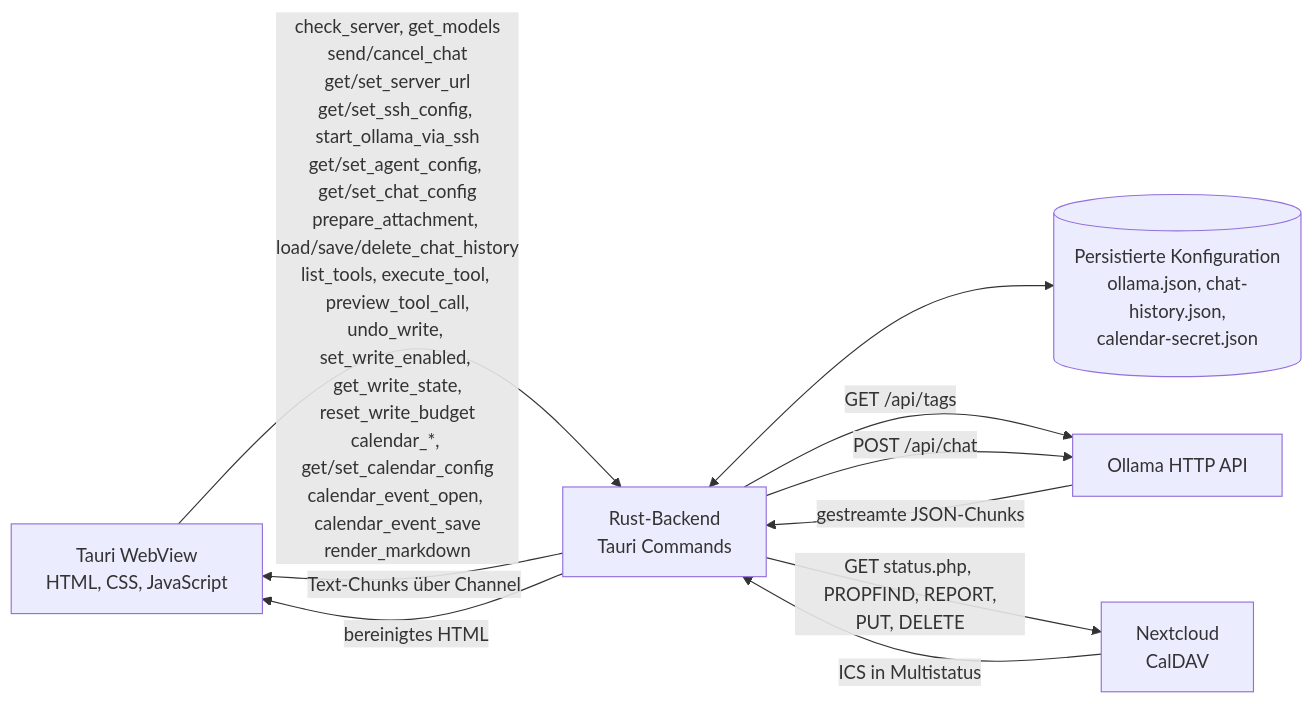
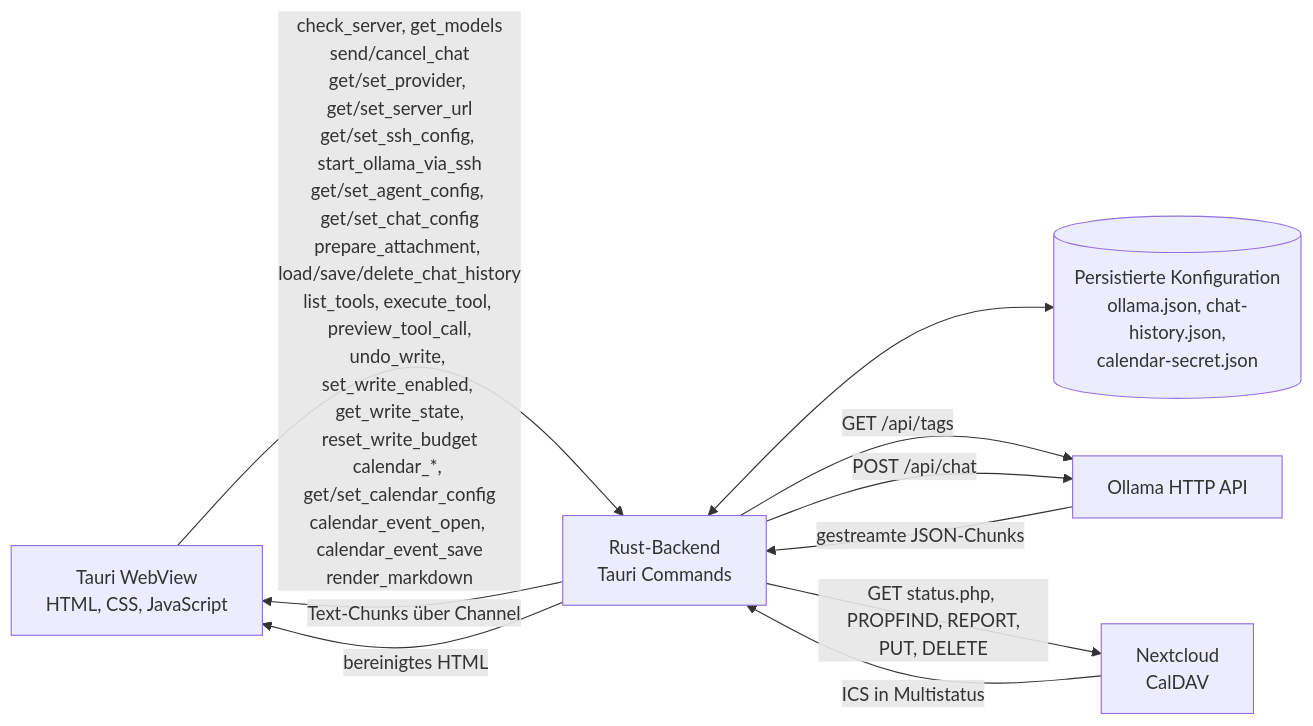
Before and after one commit to bilandal-dev/Mimir: the diagram in docs/architektur.md, drawn with Mermaid. The commit also changed other lines of this file and 21 other files, not shown here.

Commit message:
Möglichkeit für buildIn Ollama-Server geschaffen. Test aufgund fehlender Hardware noch offen

````diff
--- a/docs/architektur.md
+++ b/docs/architektur.md
@@ -9,18 +9,18 @@
 ```mermaid
 flowchart LR
     UI[Tauri WebView<br/>HTML, CSS, JavaScript]
     Backend[Rust-Backend<br/>Tauri Commands]
     Config[(Persistierte Konfiguration<br/>ollama.json, chat-history.json,<br/>calendar-secret.json)]
     Ollama[Ollama HTTP API]
     CalDAV[Nextcloud<br/>CalDAV]
 
-    UI -->|check_server, get_models<br/>send/cancel_chat<br/>get/set_server_url<br/>get/set_ssh_config, start_ollama_via_ssh<br/>get/set_agent_config, get/set_chat_config<br/>prepare_attachment, load/save/delete_chat_history<br/>list_tools, execute_tool, preview_tool_call,<br/>undo_write, set_write_enabled, get_write_state,<br/>reset_write_budget<br/>calendar_*, get/set_calendar_config<br/>calendar_event_open, calendar_event_save<br/>render_markdown| Backend
+    UI -->|check_server, get_models<br/>send/cancel_chat<br/>get/set_provider, get/set_server_url<br/>get/set_ssh_config, start_ollama_via_ssh<br/>get/set_agent_config, get/set_chat_config<br/>prepare_attachment, load/save/delete_chat_history<br/>list_tools, execute_tool, preview_tool_call,<br/>undo_write, set_write_enabled, get_write_state,<br/>reset_write_budget<br/>calendar_*, get/set_calendar_config<br/>calendar_event_open, calendar_event_save<br/>render_markdown| Backend
     Backend <--> Config
     Backend -->|GET /api/tags| Ollama
     Backend -->|POST /api/chat| Ollama
     Ollama -->|gestreamte JSON-Chunks| Backend
     Backend -->|GET status.php, PROPFIND, REPORT,<br/>PUT, DELETE| CalDAV
     CalDAV -->|ICS in Multistatus| Backend
     Backend -->|Text-Chunks über Channel| UI
     Backend -->|bereinigtes HTML| UI
 ```
````
